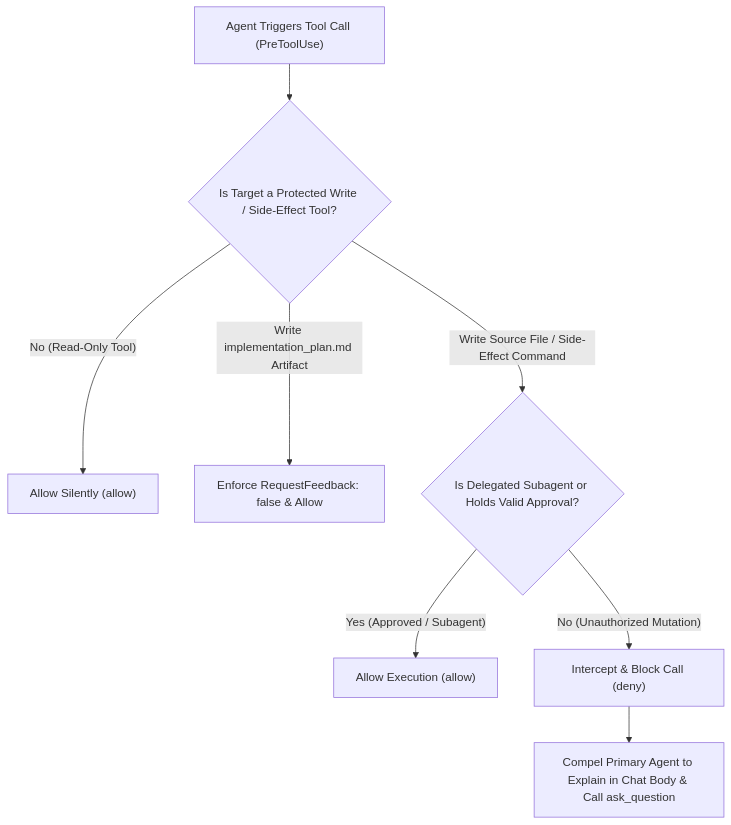
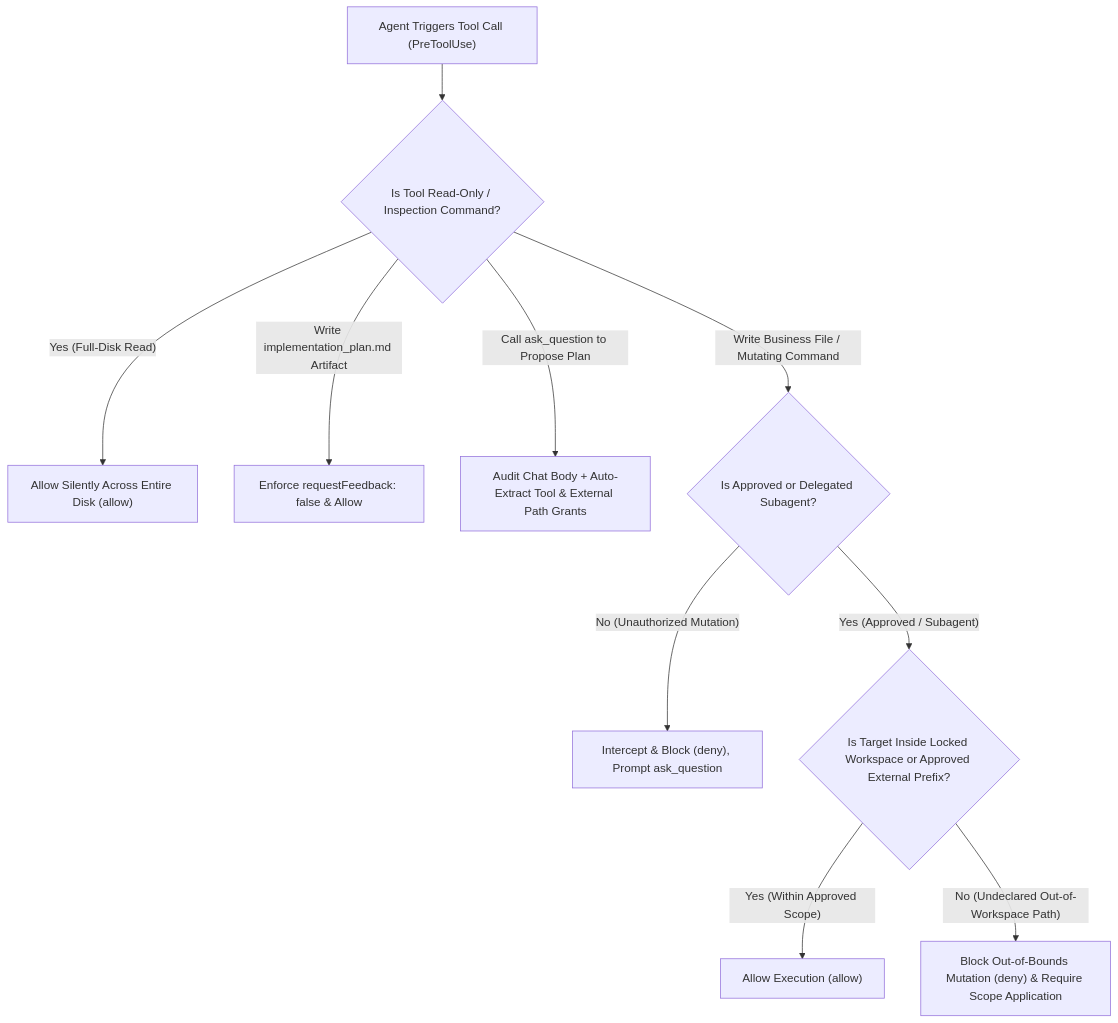
The diagram in README.en.md (ToruOlenyeva/antigravity-plan-guard), drawn with Mermaid before and after one commit. The commit also changed other lines of this file and 4 other files, not shown here.

````diff
--- a/README.en.md
+++ b/README.en.md
@@ -40,10 +41,12 @@
 ```mermaid
 flowchart TD
-    A["Agent Triggers Tool Call (PreToolUse)"] --> B{"Is Target a Protected Write / Side-Effect Tool?"}
-    B -- "No (Read-Only Tool)" --> C["Allow Silently (allow)"]
-    B -- "Write implementation_plan.md Artifact" --> D["Enforce RequestFeedback: false & Allow"]
-    B -- "Write Source File / Side-Effect Command" --> E{"Is Delegated Subagent or Holds Valid Approval?"}
-    E -- "Yes (Approved / Subagent)" --> F["Allow Execution (allow)"]
-    E -- "No (Unauthorized Mutation)" --> G["Intercept & Block Call (deny)"]
-    G --> H["Compel Primary Agent to Explain in Chat Body & Call ask_question"]
+    A["Agent Triggers Tool Call (PreToolUse)"] --> B{"Is Tool Read-Only / Inspection Command?"}
+    B -- "Yes (Full-Disk Read)" --> C["Allow Silently Across Entire Disk (allow)"]
+    B -- "Write implementation_plan.md Artifact" --> D["Enforce requestFeedback: false & Allow"]
+    B -- "Call ask_question to Propose Plan" --> E["Audit Chat Body + Auto-Extract Tool & External Path Grants"]
+    B -- "Write Business File / Mutating Command" --> F{"Is Approved or Delegated Subagent?"}
+    F -- "No (Unauthorized Mutation)" --> G["Intercept & Block (deny), Prompt ask_question"]
+    F -- "Yes (Approved / Subagent)" --> H{"Is Target Inside Locked Workspace or Approved External Prefix?"}
+    H -- "Yes (Within Approved Scope)" --> I["Allow Execution (allow)"]
+    H -- "No (Undeclared Out-of-Workspace Path)" --> J["Block Out-of-Bounds Mutation (deny) & Require Scope Application"]
 ```
````
